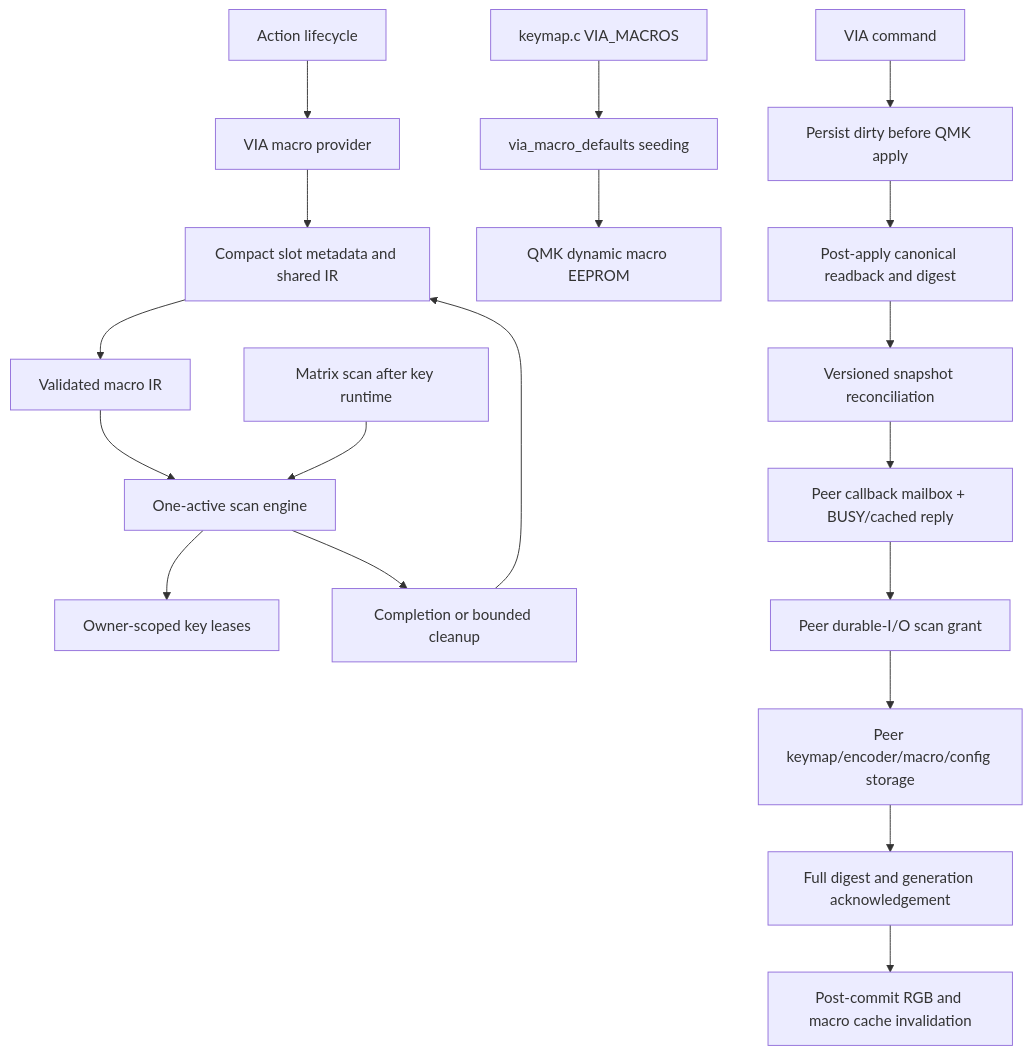
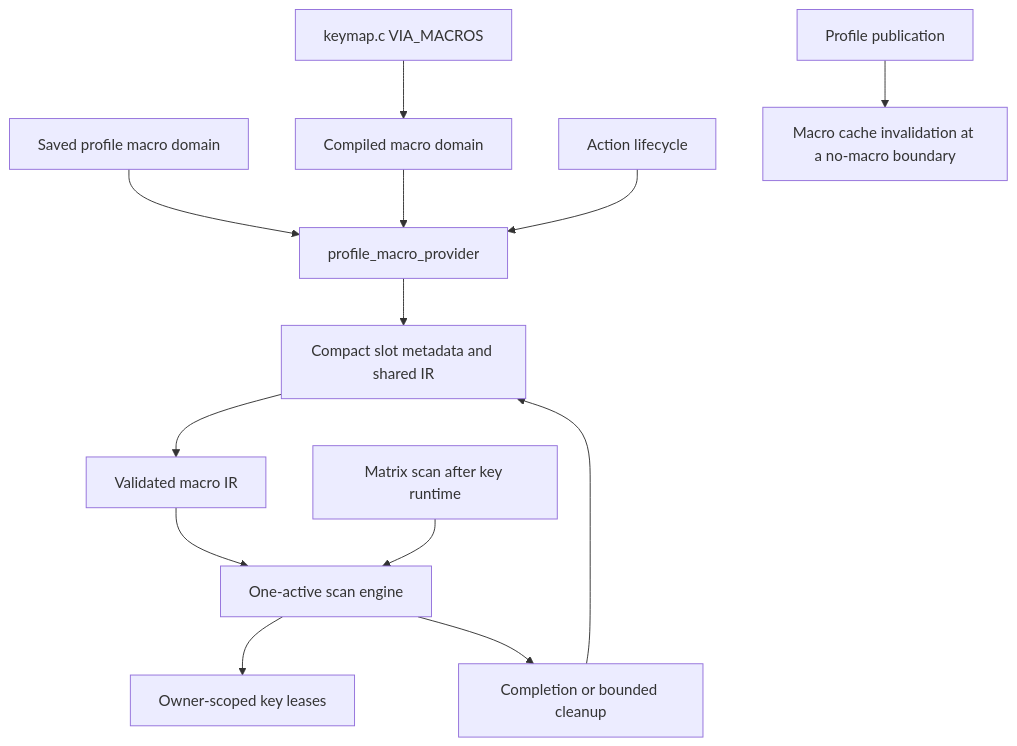
The ninth of 11 diagrams in docs/architecture/runtime-flow.md (NoahCLR/charybdis-4x6), drawn with Mermaid before and after one commit. The commit also changed other lines of this file and 198 other files, not shown here.

````diff
--- a/docs/architecture/runtime-flow.md
+++ b/docs/architecture/runtime-flow.md
@@ -342,21 +338,15 @@
 ```mermaid
 flowchart TD
-    keymap["keymap.c VIA_MACROS"] --> via_defaults["via_macro_defaults seeding"]
-    action["Action lifecycle"] --> via_play["VIA macro provider"]
-    via_play --> provider["Compact slot metadata and shared IR"]
+    keymap["keymap.c VIA_MACROS"] --> compiled["Compiled macro domain"]
+    saved["Saved profile macro domain"] --> provider_src["profile_macro_provider"]
+    compiled --> provider_src
+    action["Action lifecycle"] --> provider_src
+    provider_src --> provider["Compact slot metadata and shared IR"]
     provider --> payload["Validated macro IR"]
     payload --> engine["One-active scan engine"]
     scan["Matrix scan after key runtime"] --> engine
     engine --> leases["Owner-scoped key leases"]
     engine --> finish["Completion or bounded cleanup"]
     finish --> provider
-    via_defaults --> storage["QMK dynamic macro EEPROM"]
-    via_command["VIA command"] --> dirty["Persist dirty before QMK apply"]
-    dirty --> committed["Post-apply canonical readback and digest"]
-    committed --> via_split["Versioned snapshot reconciliation"]
-    via_split --> callback["Peer callback mailbox + BUSY/cached reply"]
-    callback --> scheduler["Peer durable-I/O scan grant"]
-    scheduler --> slave["Peer keymap/encoder/macro/config storage"]
-    slave --> verify["Full digest and generation acknowledgement"]
-    verify --> rgb_invalidate["Post-commit RGB and macro cache invalidation"]
+    publish["Profile publication"] --> invalidate["Macro cache invalidation at a no-macro boundary"]
 ```
````
